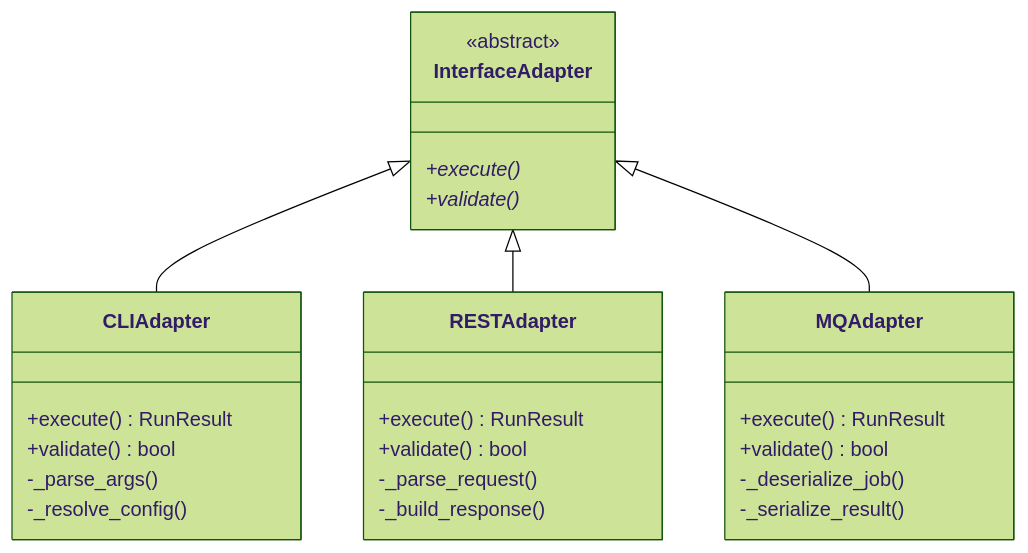
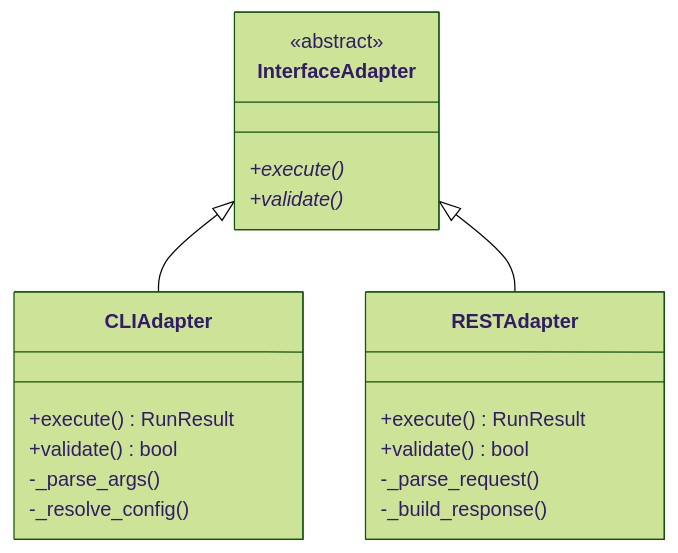
One commit to SatoryKono/BioactivityDataAcquisition changed the fifth of 9 diagrams in docs/architecture/12-class-diagrams-interfaces.md. Above: the diagram before and after it, drawn with Mermaid (forest theme). The commit also changed other lines of this file and 1 other file, not shown here.

````diff
--- a/docs/architecture/12-class-diagrams-interfaces.md
+++ b/docs/architecture/12-class-diagrams-interfaces.md
@@ -217,33 +142,25 @@
 ```mermaid
 classDiagram
     class InterfaceAdapter {
         <<abstract>>
         +execute()*
         +validate()*
     }
 
     class CLIAdapter {
         +execute() RunResult
         +validate() bool
         -_parse_args()
         -_resolve_config()
     }
 
     class RESTAdapter {
         +execute() RunResult
         +validate() bool
         -_parse_request()
         -_build_response()
     }
 
-    class MQAdapter {
-        +execute() RunResult
-        +validate() bool
-        -_deserialize_job()
-        -_serialize_result()
-    }
-
     InterfaceAdapter <|-- CLIAdapter
     InterfaceAdapter <|-- RESTAdapter
-    InterfaceAdapter <|-- MQAdapter
 ```
````
